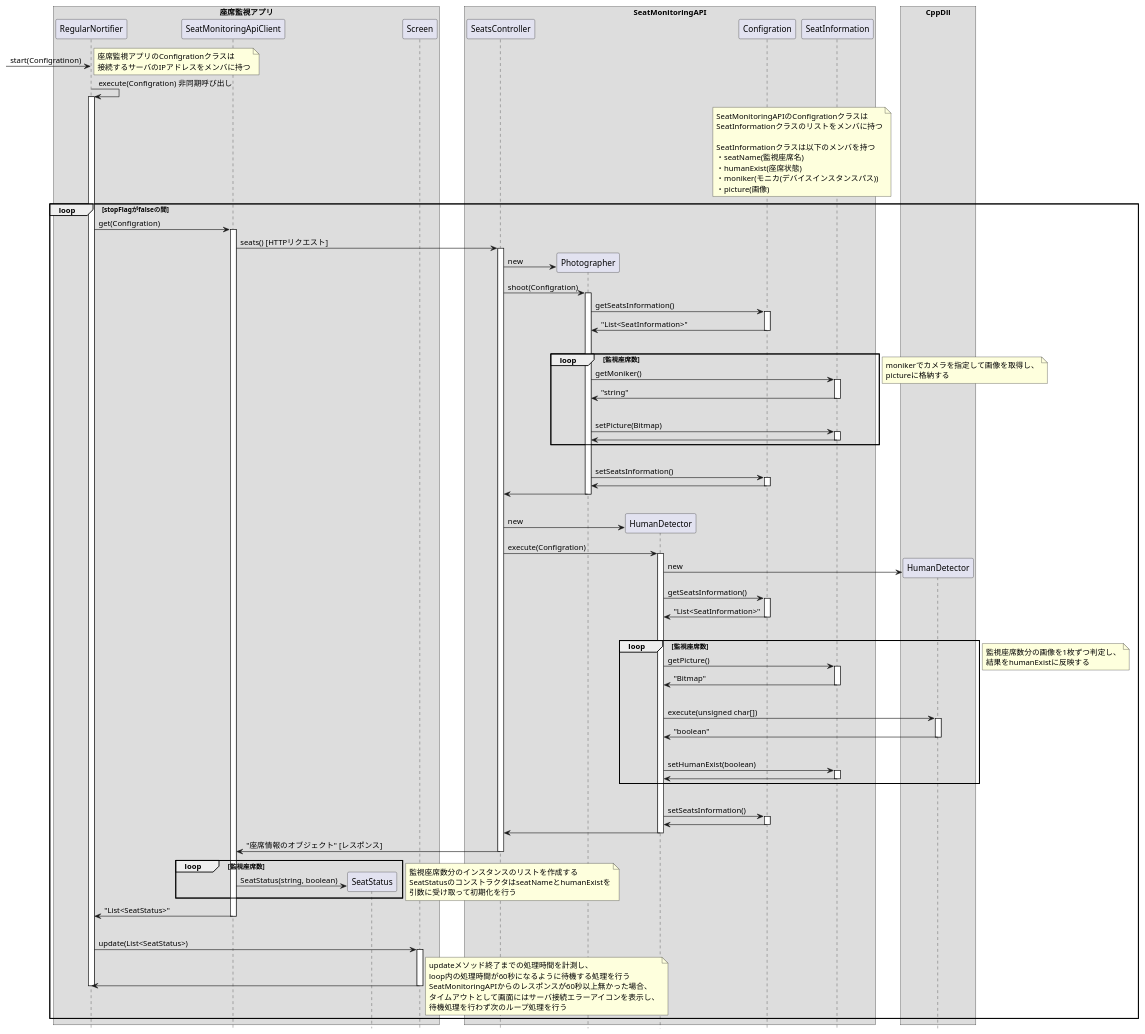
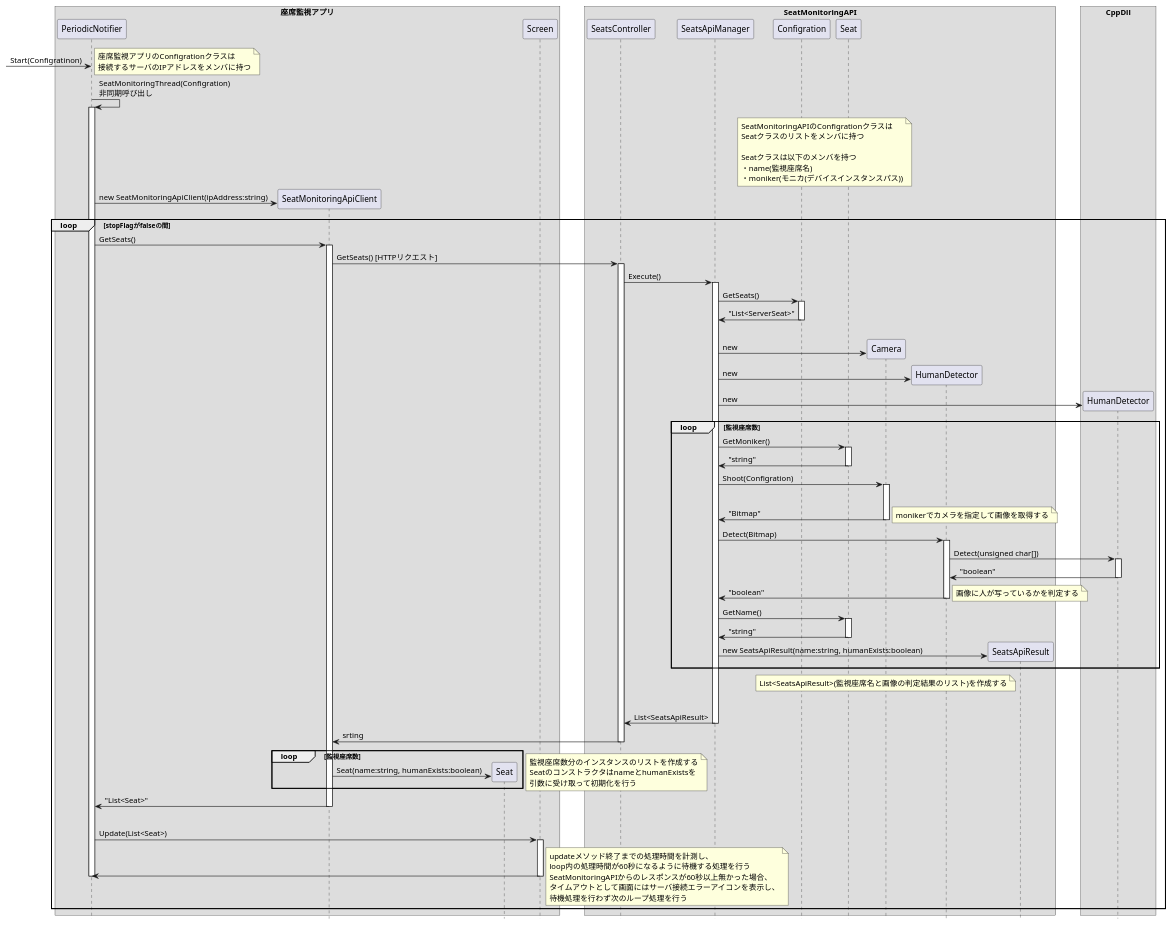
Before and after one commit to KeisukeSugita/Seat-monitoring-system: the diagram in doc/詳細設計/構成図(.pu)/座席状態確認シーケンス図2.pu, drawn with PlantUML. The commit also changed 5 other files, not shown here.

```diff
--- a/doc/詳細設計/構成図(.pu)/座席状態確認シーケンス図2.pu
+++ b/doc/詳細設計/構成図(.pu)/座席状態確認シーケンス図2.pu
@@ -1,156 +1,146 @@
 @startuml 座席状態確認シーケンス図2
 hide footbox
 skinparam BoxPadding 20
 
 box "座席監視アプリ"
-	participant "RegularNortifier" as RegularNortifier
-	participant "SeatMonitoringApiClient" as SeatMonitoringApiClient
-	participant "SeatStatus" as SeatStatus
-	participant "Screen" as Screen
+	participant PeriodicNotifier
+	participant SeatMonitoringApiClient
+	participant "Seat" as ClientSeat
+	participant Screen
 end box
 
 box "SeatMonitoringAPI"
-	participant "SeatsController" as SeatsController
-	participant "Photographer" as Photographer
+	participant SeatsController
+	participant SeatsApiManager
+	participant Configration
+	participant "Seat" as ServerSeat
+	participant Camera
 	participant "HumanDetector" as CsHumanDetector
-	participant "Configration" as Configration
-	participant "SeatInformation" as SeatInformation
+	participant SeatsApiResult
 end box
 
 box "CppDll"
 	participant "HumanDetector" as CppHumanDetector
 end box
 
--> RegularNortifier :start(Configratinon)
+-> PeriodicNotifier :Start(Configratinon)
 note right
 	座席監視アプリのConfigrationクラスは
 	接続するサーバのIPアドレスをメンバに持つ
 end note
 
-RegularNortifier -> RegularNortifier : execute(Configration) 非同期呼び出し
-activate RegularNortifier
+PeriodicNotifier -> PeriodicNotifier : SeatMonitoringThread(Configration)\n非同期呼び出し
+activate PeriodicNotifier
 
-note over Configration, SeatInformation
+note over Configration, ServerSeat
 	SeatMonitoringAPIのConfigrationクラスは
-	SeatInformationクラスのリストをメンバに持つ
+	Seatクラスのリストをメンバに持つ
 
-	SeatInformationクラスは以下のメンバを持つ
-	・seatName(監視座席名)
-	・humanExist(座席状態)
+	Seatクラスは以下のメンバを持つ
+	・name(監視座席名)
 	・moniker(モニカ(デバイスインスタンスパス))
-	・picture(画像)
 end note
 
+create SeatMonitoringApiClient
+PeriodicNotifier -> SeatMonitoringApiClient :new SeatMonitoringApiClient(ipAddress:string)
+
 loop stopFlagがfalseの間
-	RegularNortifier -> SeatMonitoringApiClient : get(Configration)
+	PeriodicNotifier -> SeatMonitoringApiClient : GetSeats()
 	activate SeatMonitoringApiClient
 
-	SeatMonitoringApiClient -> SeatsController : seats() [HTTPリクエスト]
+	SeatMonitoringApiClient -> SeatsController : GetSeats() [HTTPリクエスト]
 	activate SeatsController
 
-	create Photographer
-	SeatsController -> Photographer : new
-	SeatsController -> Photographer : shoot(Configration)
-	activate Photographer
-	Photographer -> Configration :getSeatsInformation()
+	SeatsController -> SeatsApiManager :Execute()
+	activate SeatsApiManager
+
+	SeatsApiManager -> Configration :GetSeats()
 	activate Configration
-	Photographer <- Configration :"List<SeatInformation>"
+	SeatsApiManager <- Configration :"List<ServerSeat>"
 	deactivate Configration
-	|||
-	loop 監視座席数
-		Photographer -> SeatInformation :getMoniker()
-		activate SeatInformation
-		Photographer <- SeatInformation :"string"
-		deactivate SeatInformation
-		|||
-		Photographer -> SeatInformation :setPicture(Bitmap)
-		activate SeatInformation
-		Photographer <- SeatInformation
-		deactivate SeatInformation
-	end
-	note right
-		monikerでカメラを指定して画像を取得し、
-		pictureに格納する
-	end note
-	|||
-	Photographer -> Configration :setSeatsInformation()
-	activate Configration
-	Photographer <- Configration
-	deactivate Configration
-	SeatsController <- Photographer
-	deactivate Photographer
 
 	|||
+	create Camera
+	SeatsApiManager -> Camera : new
+
 	create CsHumanDetector
-	SeatsController -> CsHumanDetector : new
-	SeatsController -> CsHumanDetector : execute(Configration)
-	activate CsHumanDetector
+	SeatsApiManager -> CsHumanDetector :new
 
 	create CppHumanDetector
-	CsHumanDetector -> CppHumanDetector :new
-	CsHumanDetector -> Configration :getSeatsInformation()
-	activate Configration
-	CsHumanDetector <- Configration :"List<SeatInformation>"
-	deactivate Configration
-	|||
+	SeatsApiManager -> CppHumanDetector :new
+
+
 	loop 監視座席数
-		CsHumanDetector -> SeatInformation :getPicture()
-		activate SeatInformation
-		CsHumanDetector <- SeatInformation :"Bitmap"
-		deactivate SeatInformation
+		SeatsApiManager -> ServerSeat :GetMoniker()
+		activate ServerSeat
+		SeatsApiManager <- ServerSeat :"string"
+		deactivate ServerSeat
+		SeatsApiManager -> Camera : Shoot(Configration)
+		activate Camera
 		|||
-		CsHumanDetector -> CppHumanDetector : execute(unsigned char[])
+		SeatsApiManager <- 	Camera :"Bitmap"
+		deactivate Camera
+		note right
+			monikerでカメラを指定して画像を取得する
+		end note
+
+		SeatsApiManager -> CsHumanDetector :Detect(Bitmap)
+		activate CsHumanDetector
+		CsHumanDetector -> CppHumanDetector : Detect(unsigned char[])
 		activate CppHumanDetector
 		CsHumanDetector <- CppHumanDetector : "boolean"
 		deactivate CppHumanDetector
-		|||
-		CsHumanDetector -> SeatInformation :setHumanExist(boolean)
-		activate SeatInformation
-		CsHumanDetector <- SeatInformation
-		deactivate SeatInformation
+		SeatsApiManager <- CsHumanDetector :"boolean"
+		deactivate CsHumanDetector
+		note right
+			画像に人が写っているかを判定する
+		end note
+
+		SeatsApiManager -> ServerSeat :GetName()
+		activate ServerSeat
+		SeatsApiManager <- ServerSeat :"string"
+		deactivate ServerSeat
+		
+		create SeatsApiResult
+		SeatsApiManager -> SeatsApiResult :new SeatsApiResult(name:string, humanExists:boolean)
+		
 	end
-	note right
-		監視座席数分の画像を1枚ずつ判定し、
-		結果をhumanExistに反映する
+	note over Camera
+		List<SeatsApiResult>(監視座席名と画像の判定結果のリスト)を作成する
 	end note
 	|||
-	CsHumanDetector -> Configration :setSeatsInformation()
-	activate Configration
-	CsHumanDetector <- Configration
-	deactivate Configration
-	
-	
-	SeatsController <- CsHumanDetector
-	deactivate CsHumanDetector
 
-	SeatMonitoringApiClient <- SeatsController : "座席情報のオブジェクト" [レスポンス]
+	SeatsController <- SeatsApiManager : List<SeatsApiResult>
+	deactivate SeatsApiManager
+
+	SeatMonitoringApiClient <- SeatsController :srting
 	deactivate SeatsController
 
 	loop 監視座席数
-		create SeatStatus
-		SeatMonitoringApiClient -> SeatStatus :SeatStatus(string, boolean)
+		create ClientSeat
+		SeatMonitoringApiClient -> ClientSeat :Seat(name:string, humanExists:boolean)
 	end
 	note right
 		監視座席数分のインスタンスのリストを作成する
-		SeatStatusのコンストラクタはseatNameとhumanExistを
+		SeatのコンストラクタはnameとhumanExistsを
 		引数に受け取って初期化を行う
 	end note
 
-	RegularNortifier <- SeatMonitoringApiClient : "List<SeatStatus>"
+	PeriodicNotifier <- SeatMonitoringApiClient : "List<Seat>"
 	deactivate SeatMonitoringApiClient
 	|||
-	RegularNortifier -> Screen : update(List<SeatStatus>)
+	PeriodicNotifier -> Screen : Update(List<Seat>)
 	activate Screen
-	RegularNortifier <- Screen
+	PeriodicNotifier <- Screen
 	deactivate Screen
-	deactivate RegularNortifier
+	deactivate PeriodicNotifier
 	note right
 		updateメソッド終了までの処理時間を計測し、
 		loop内の処理時間が60秒になるように待機する処理を行う
 		SeatMonitoringAPIからのレスポンスが60秒以上無かった場合、
 		タイムアウトとして画面にはサーバ接続エラーアイコンを表示し、
 		待機処理を行わず次のループ処理を行う
 	end note
 end
 
 @enduml
```
